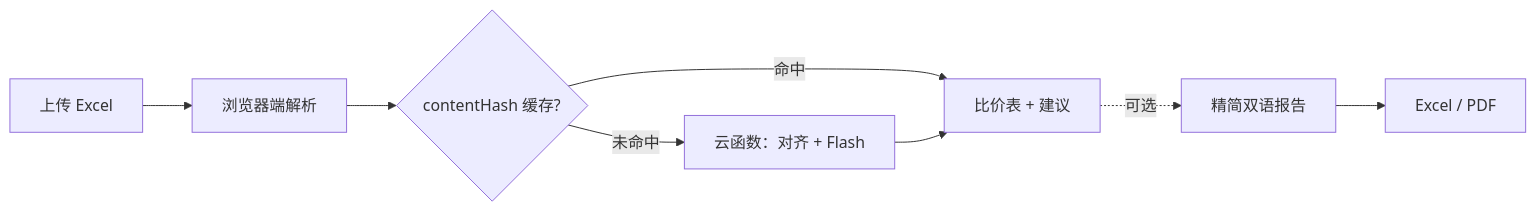
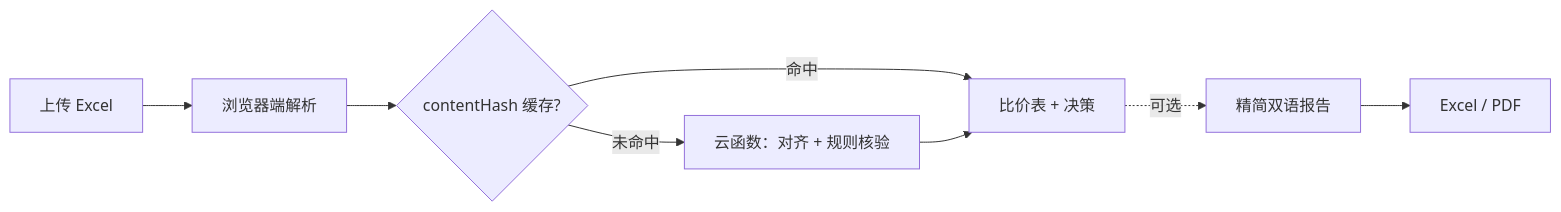
The diagram in README.md (lipeiye/price_comparing), drawn with Mermaid before and after one commit. The commit also changed other lines of this file and 15 other files, not shown here.

````diff
--- a/README.md
+++ b/README.md
@@ -20,10 +20,10 @@
 ```mermaid
 flowchart LR
     A[上传 Excel] --> B[浏览器端解析]
     B --> C{contentHash 缓存?}
-    C -->|命中| D[比价表 + 建议]
-    C -->|未命中| E[云函数：对齐 + Flash]
+    C -->|命中| D[比价表 + 决策]
+    C -->|未命中| E[云函数：对齐 + 规则核验]
     E --> D
     D -.->|可选| F[精简双语报告]
     F --> G[Excel / PDF]
 ```
````
